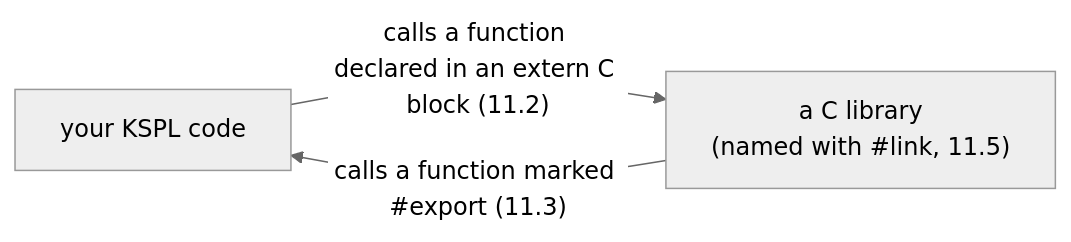
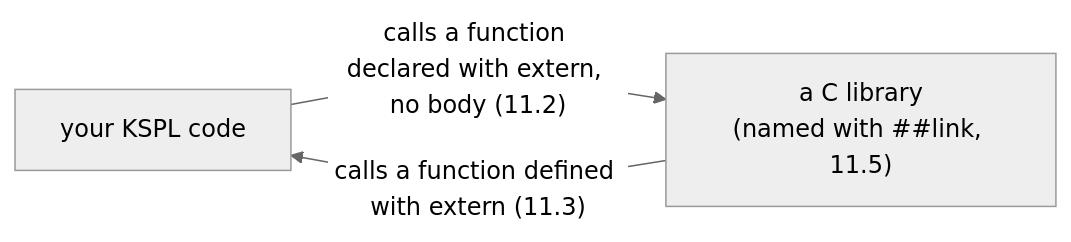
One commit to kansosystem-org/kspl-experimental changed the tenth of 10 diagrams in docs/SPEC-programming-language.md. Above: the diagram before and after it, drawn with Mermaid (neutral theme). The commit also changed other lines of this file and 310 other files, not shown here.

````diff
--- a/docs/SPEC-programming-language.md
+++ b/docs/SPEC-programming-language.md
@@ -2652,5 +2792,5 @@
 ```mermaid
 flowchart LR
-    K["your KSPL code"] -->|"calls a function declared in an extern C block (11.2)"| C["a C library<br/>(named with #link, 11.5)"]
-    C -->|"calls a function marked #export (11.3)"| K
+    K["your KSPL code"] -->|"calls a function declared with extern, no body (11.2)"| C["a C library<br/>(named with ##link, 11.5)"]
+    C -->|"calls a function defined with extern (11.3)"| K
 ```
````
